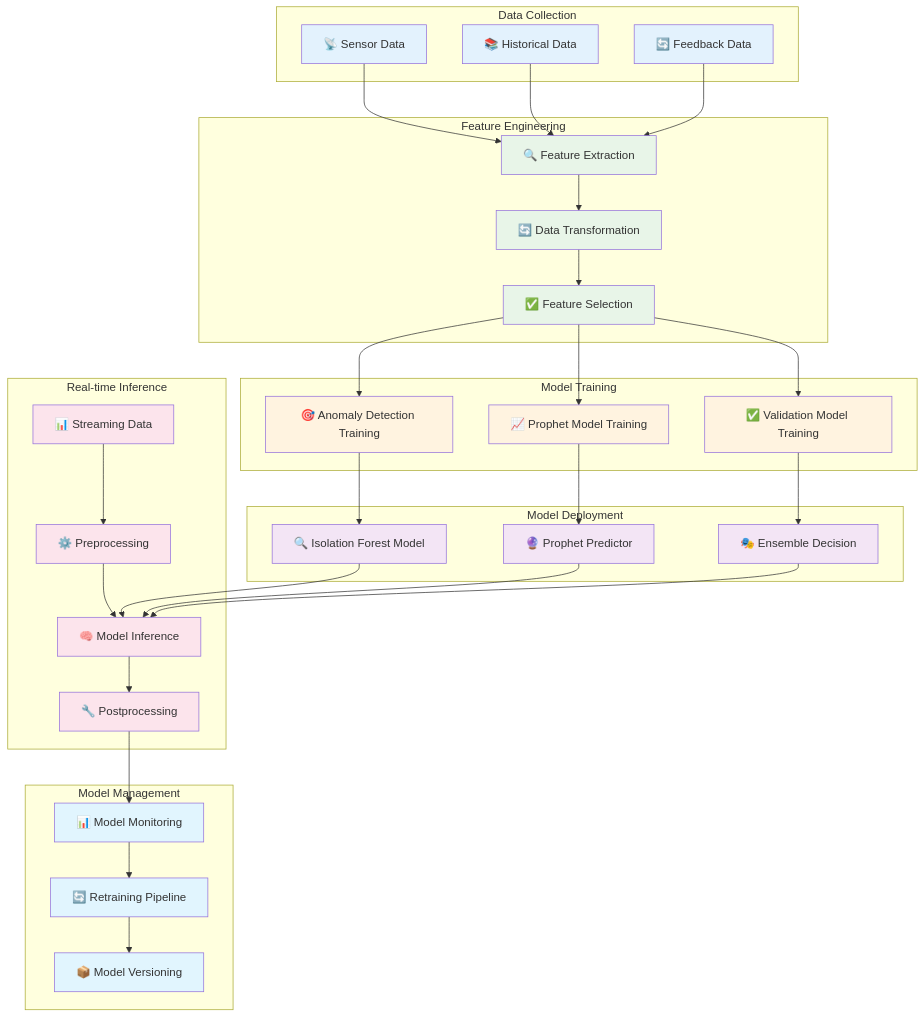
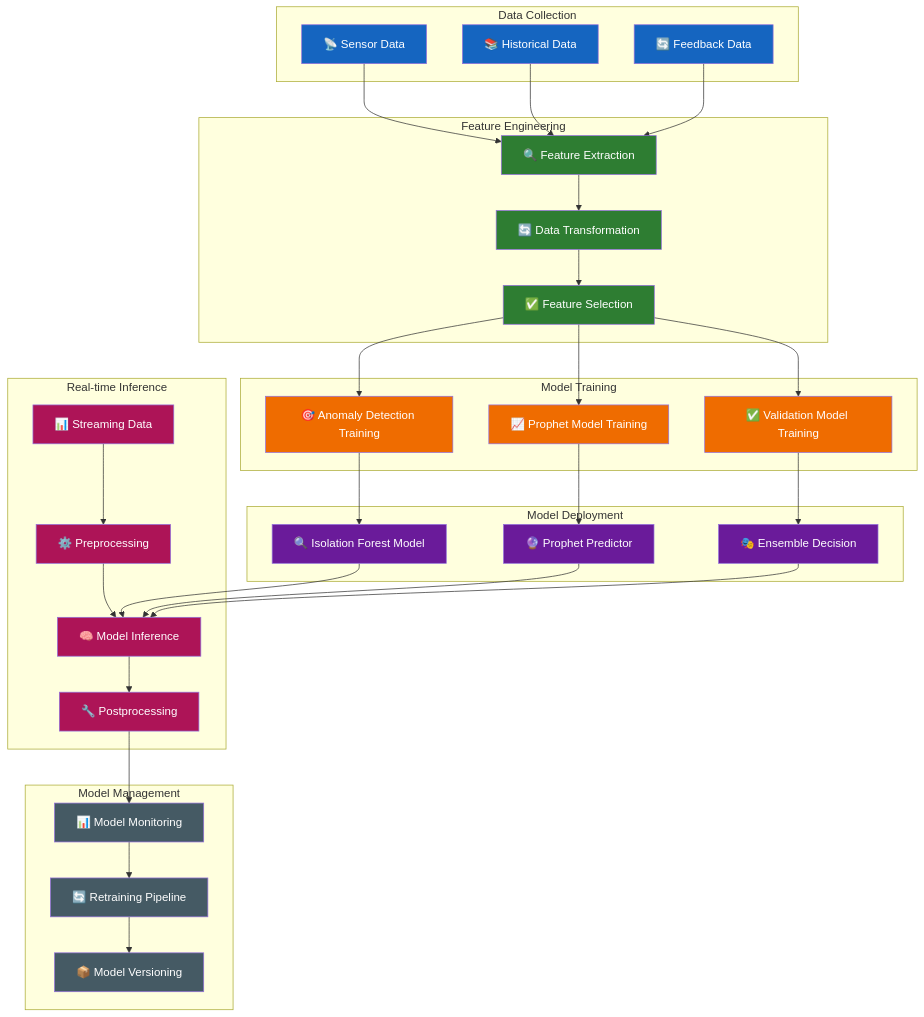
Before and after one commit to YanCotta/enterprise_challenge_sprint_1_hermes_reply: diagram 15 of 16 in smart-maintenance-saas/docs/SYSTEM_AND_ARCHITECTURE.md, drawn with Mermaid. The commit also changed other lines of this file, not shown here.

Commit message:
feat: update class definitions in architecture diagrams for improved clarity and consistency

````diff
--- a/smart-maintenance-saas/docs/SYSTEM_AND_ARCHITECTURE.md
+++ b/smart-maintenance-saas/docs/SYSTEM_AND_ARCHITECTURE.md
@@ -1087,81 +1159,81 @@
 ```mermaid
 flowchart TB
     subgraph "Data Collection"
         SENSORS[📡 Sensor Data]
         HISTORICAL[📚 Historical Data]
         FEEDBACK[🔄 Feedback Data]
     end
 
     subgraph "Feature Engineering"
         EXTRACT[🔍 Feature Extraction]
         TRANSFORM[🔄 Data Transformation]
         SELECT[✅ Feature Selection]
     end
 
     subgraph "Model Training"
         ANOMALY_TRAIN[🎯 Anomaly Detection Training]
         PROPHET_TRAIN[📈 Prophet Model Training]
         VALIDATION_TRAIN[✅ Validation Model Training]
     end
 
     subgraph "Model Deployment"
         ANOMALY_MODEL[🔍 Isolation Forest Model]
         PROPHET_MODEL[🔮 Prophet Predictor]
         ENSEMBLE[🎭 Ensemble Decision]
     end
 
     subgraph "Real-time Inference"
         STREAM_DATA[📊 Streaming Data]
         PREPROCESS[⚙️ Preprocessing]
         INFERENCE[🧠 Model Inference]
         POSTPROCESS[🔧 Postprocessing]
     end
 
     subgraph "Model Management"
         MONITOR[📊 Model Monitoring]
         RETRAIN[🔄 Retraining Pipeline]
         VERSIONING[📦 Model Versioning]
     end
 
     SENSORS --> EXTRACT
     HISTORICAL --> EXTRACT
     FEEDBACK --> EXTRACT
 
     EXTRACT --> TRANSFORM
     TRANSFORM --> SELECT
 
     SELECT --> ANOMALY_TRAIN
     SELECT --> PROPHET_TRAIN
     SELECT --> VALIDATION_TRAIN
 
     ANOMALY_TRAIN --> ANOMALY_MODEL
     PROPHET_TRAIN --> PROPHET_MODEL
     VALIDATION_TRAIN --> ENSEMBLE
 
     STREAM_DATA --> PREPROCESS
     PREPROCESS --> INFERENCE
     
     ANOMALY_MODEL --> INFERENCE
     PROPHET_MODEL --> INFERENCE
     ENSEMBLE --> INFERENCE
 
     INFERENCE --> POSTPROCESS
 
     POSTPROCESS --> MONITOR
     MONITOR --> RETRAIN
     RETRAIN --> VERSIONING
 
-    classDef collection fill:#e3f2fd
-    classDef engineering fill:#e8f5e8
-    classDef training fill:#fff3e0
-    classDef deployment fill:#f3e5f5
-    classDef inference fill:#fce4ec
-    classDef management fill:#e1f5fe
+    classDef collection fill:#1565C0,color:#ffffff
+    classDef engineering fill:#2E7D32,color:#ffffff
+    classDef training fill:#EF6C00,color:#ffffff
+    classDef deployment fill:#6A1B9A,color:#ffffff
+    classDef inference fill:#AD1457,color:#ffffff
+    classDef management fill:#455A64,color:#ffffff
 
     class SENSORS,HISTORICAL,FEEDBACK collection
     class EXTRACT,TRANSFORM,SELECT engineering
     class ANOMALY_TRAIN,PROPHET_TRAIN,VALIDATION_TRAIN training
     class ANOMALY_MODEL,PROPHET_MODEL,ENSEMBLE deployment
     class STREAM_DATA,PREPROCESS,INFERENCE,POSTPROCESS inference
     class MONITOR,RETRAIN,VERSIONING management
 ```
````
